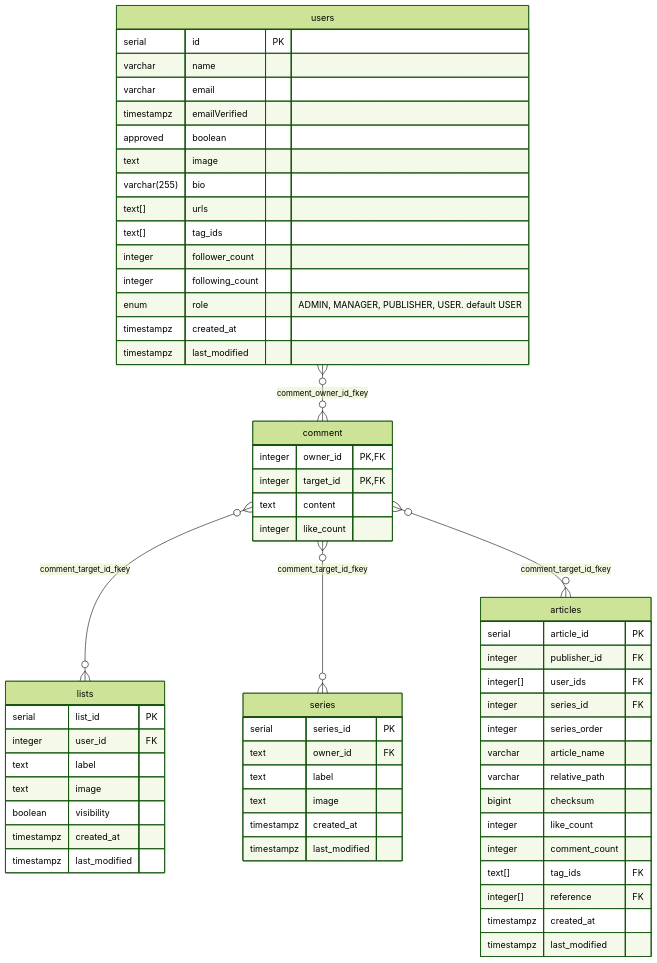
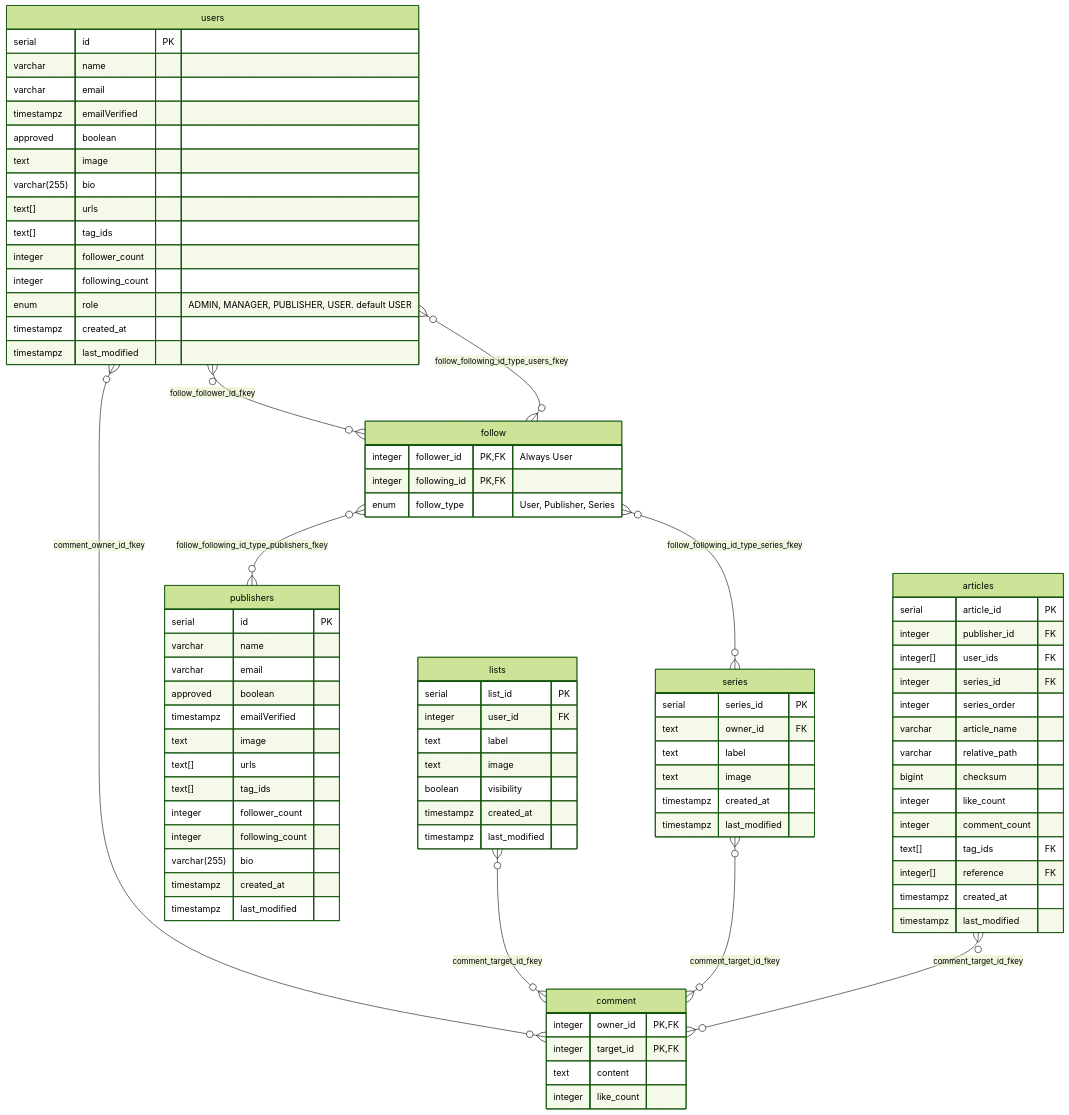
The sixth of 8 diagrams in Capstone/Diagrams.md (4ry1337/my-obsidian), drawn with Mermaid (forest theme) before and after one commit. The commit also changed other lines of this file and 1 other file, not shown here.

Commit message:
vault backup: 2024-01-19 10:22:45

````diff
--- a/Capstone/Diagrams.md
+++ b/Capstone/Diagrams.md
@@ -507,5 +444,10 @@
 ```mermaid
 erDiagram
+follow {
+	integer follower_id PK, FK "Always User"
+	integer following_id PK, FK
+	enum follow_type "User, Publisher, Series"
+}
 users {
 	serial id PK
 	varchar name
@@ -527,6 +469,40 @@
 	timestampz created_at
 	timestampz last_modified
 }
+
+series {
+	serial series_id PK
+	text owner_id FK
+	text label
+	text image
+	timestampz created_at
+	timestampz last_modified
+}
+publishers {
+	serial id PK
+	
+	varchar name
+	varchar email
+	approved boolean
+	timestampz emailVerified
+	text image
+	
+	text[] urls
+	text[] tag_ids
+	
+	integer follower_count
+	integer following_count
+	
+	varchar(255) bio
+	
+	timestampz created_at
+	timestampz last_modified
+}
+
+users }o--o{ follow : follow_follower_id_fkey
+users }o--o{ follow : follow_following_id_type_users_fkey
+follow }o--o{ series : follow_following_id_type_series_fkey
+follow }o--o{ publishers : follow_following_id_type_publishers_fkey
 comment {
 	integer owner_id PK, FK
 	integer target_id PK, FK
@@ -539,14 +515,6 @@
 	text label
 	text image
 	boolean visibility
-	timestampz created_at
-	timestampz last_modified
-}
-series {
-	serial series_id PK
-	text owner_id FK
-	text label
-	text image
 	timestampz created_at
 	timestampz last_modified
 }
@@ -573,7 +541,7 @@
 }
 
 users }o--o{ comment : comment_owner_id_fkey
-comment }o--o{ lists : comment_target_id_fkey
-comment }o--o{ series : comment_target_id_fkey
-comment }o--o{ articles : comment_target_id_fkey
+lists }o--o{ comment: comment_target_id_fkey
+series }o--o{ comment : comment_target_id_fkey
+articles }o--o{ comment: comment_target_id_fkey
 ```
````
